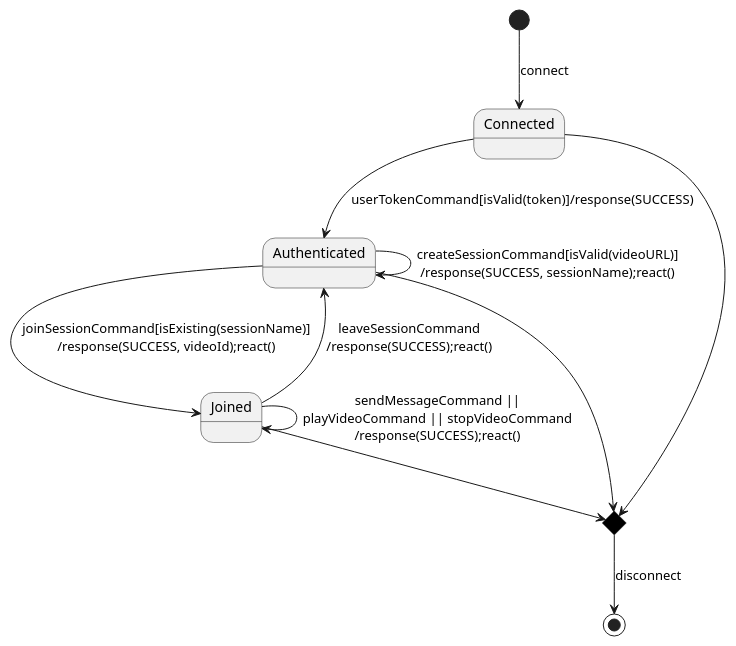
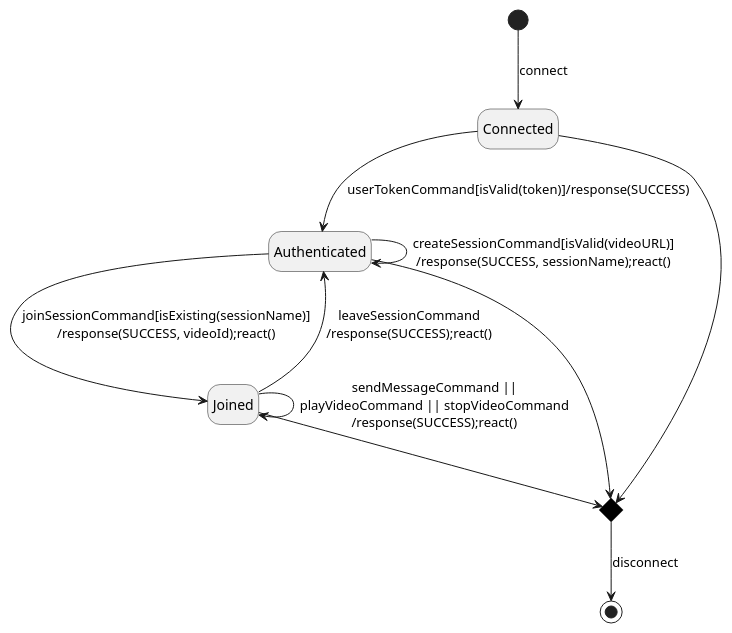
One commit to LetsStreamIt/documentation changed the diagram in plantuml/ddd/detailed-design/session-connection.puml. Above: the diagram before and after it, drawn with PlantUML. The commit also changed 10 other files, not shown here.

Commit message:
docs: add session service charts

```diff
--- a/plantuml/ddd/detailed-design/session-connection.puml
+++ b/plantuml/ddd/detailed-design/session-connection.puml
@@ -1,29 +1,29 @@
 @startuml
-
+hide empty description
 <style>
   diamond {
     BackgroundColor #black
 }
 </style>
 
 [*] --> Connected: connect
 
 Connected --> Authenticated: userTokenCommand[isValid(token)]/response(SUCCESS)
 
 Authenticated --> Authenticated: createSessionCommand[isValid(videoURL)]\n/response(SUCCESS, sessionName);react()
 Authenticated --> Joined: joinSessionCommand[isExisting(sessionName)]\n/response(SUCCESS, videoId);react()
 
 Joined --> Authenticated: leaveSessionCommand\n/response(SUCCESS);react()
 Joined --> Joined: sendMessageCommand ||\nplayVideoCommand || stopVideoCommand\n/response(SUCCESS);react()
 
 state choice1 <<choice>>
 
 Connected --> choice1
 Joined --> choice1
 Authenticated --> choice1
 
 choice1 --> [*]: disconnect
 
 
 
 @enduml
```
